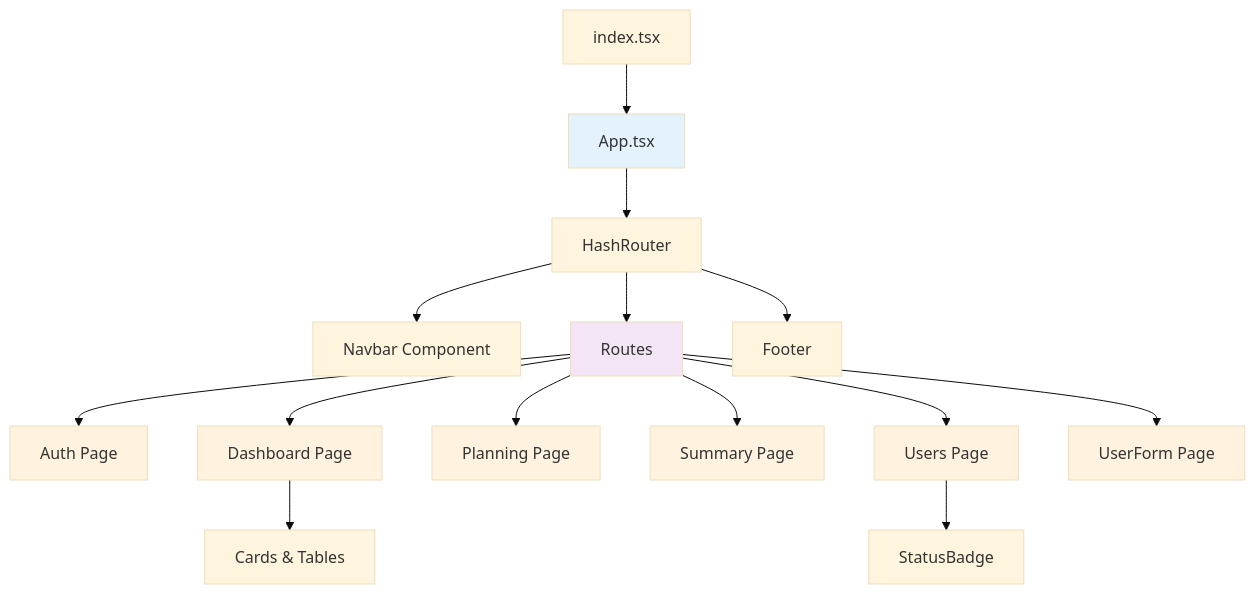
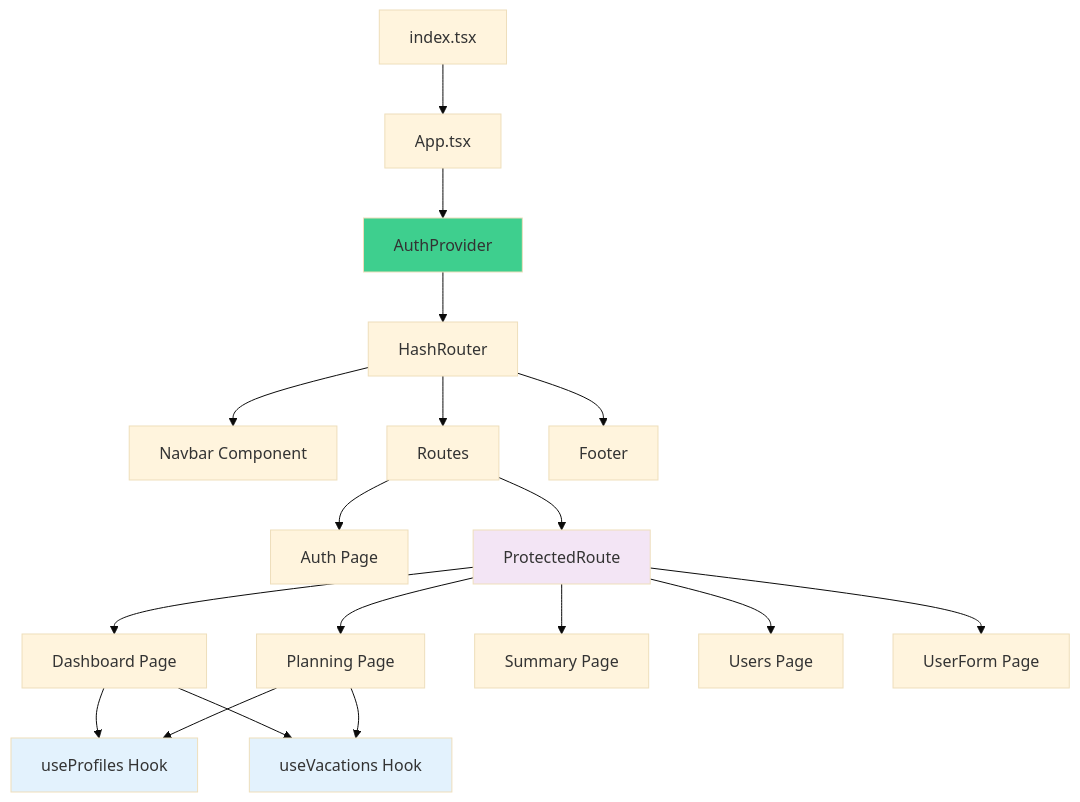
The second of 9 diagrams in docs/ARCHITECTURE.md (OlosLive/holidayGo), drawn with Mermaid (base theme) before and after one commit. The commit also changed other lines of this file and 25 other files, not shown here.

````diff
--- a/docs/ARCHITECTURE.md
+++ b/docs/ARCHITECTURE.md
@@ -64,29 +76,31 @@
 ```mermaid
 graph TD
     Root[index.tsx]
     Root --> App[App.tsx]
     
-    App --> Router[HashRouter]
+    App --> AuthProvider[AuthProvider]
+    AuthProvider --> Router[HashRouter]
+    
     Router --> Navbar[Navbar Component]
     Router --> Routes[Routes]
     Router --> Footer[Footer]
     
     Routes --> Auth[Auth Page]
-    Routes --> Dashboard[Dashboard Page]
-    Routes --> Planning[Planning Page]
-    Routes --> Summary[Summary Page]
-    Routes --> Users[Users Page]
-    Routes --> UserForm[UserForm Page]
+    Routes --> Protected[ProtectedRoute]
     
-    Dashboard --> StatusBadge1[Cards & Tables]
-    Users --> StatusBadge2[StatusBadge]
+    Protected --> Dashboard[Dashboard Page]
+    Protected --> Planning[Planning Page]
+    Protected --> Summary[Summary Page]
+    Protected --> Users[Users Page]
+    Protected --> UserForm[UserForm Page]
     
-    style App fill:#e3f2fd
-    style Routes fill:#f3e5f5
-    style Auth fill:#fff3e0
-    style Dashboard fill:#fff3e0
-    style Planning fill:#fff3e0
-    style Summary fill:#fff3e0
-    style Users fill:#fff3e0
-    style UserForm fill:#fff3e0
+    Dashboard --> useProfiles[useProfiles Hook]
+    Dashboard --> useVacations[useVacations Hook]
+    Planning --> useProfiles
+    Planning --> useVacations
+    
+    style AuthProvider fill:#3ECF8E
+    style Protected fill:#f3e5f5
+    style useProfiles fill:#e3f2fd
+    style useVacations fill:#e3f2fd
 ```
````
